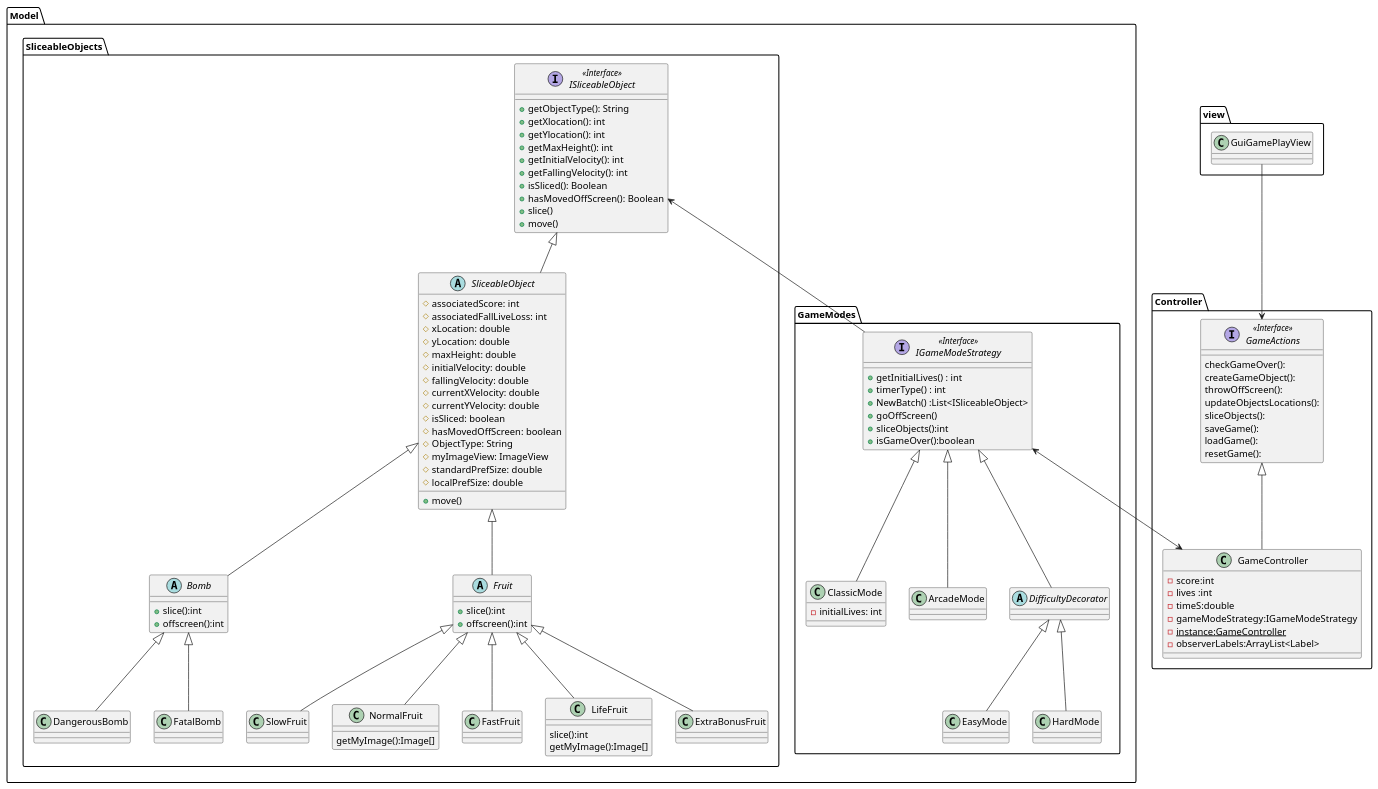
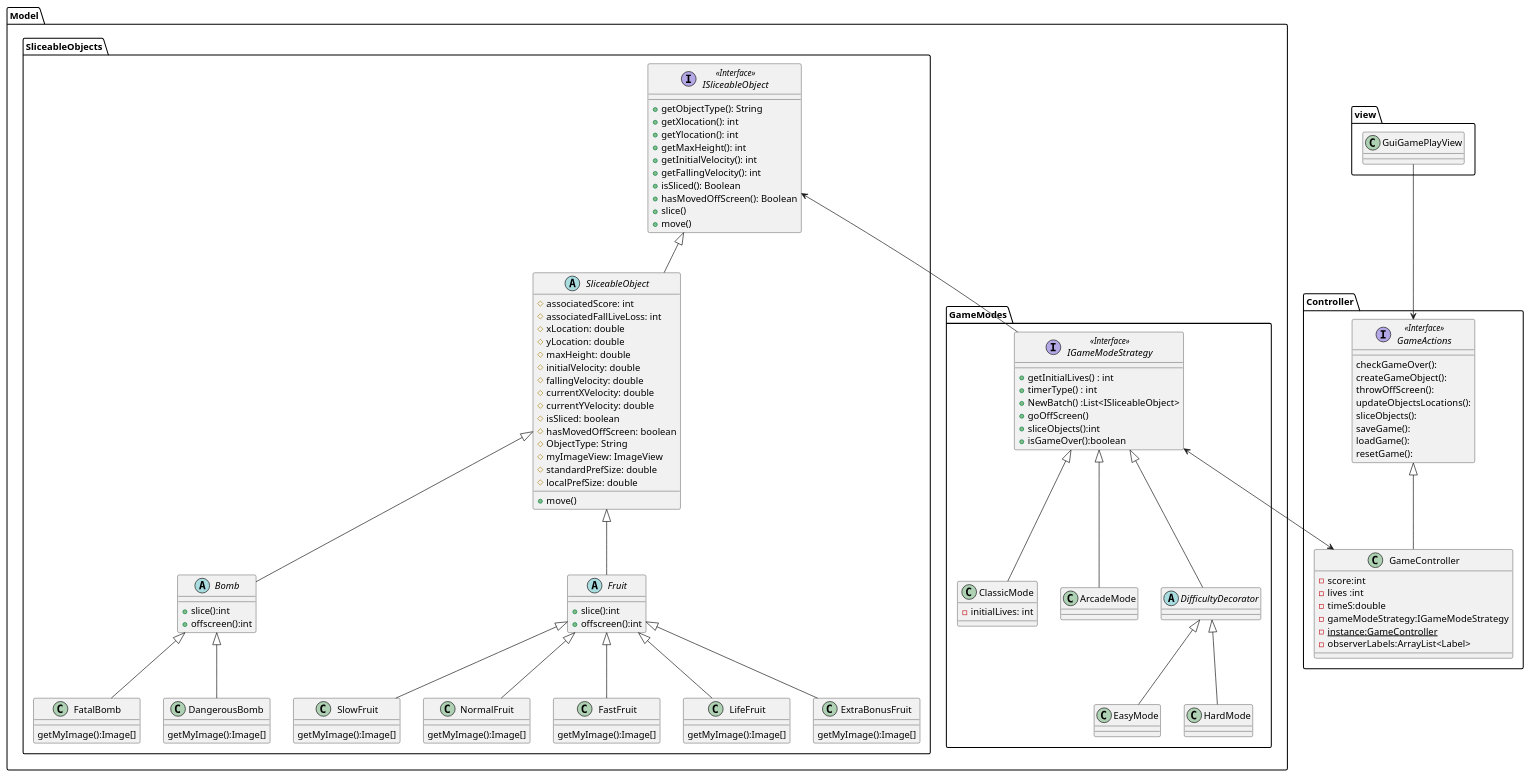
Before and after one commit to zixa5824/FruitNinja: the diagram in Fruit-Ninja-class.puml, drawn with PlantUML. The commit also changed 6 other files, not shown here.

```diff
--- a/Fruit-Ninja-class.puml
+++ b/Fruit-Ninja-class.puml
@@ -1,164 +1,171 @@
 @startuml
 package Model{
 package SliceableObjects {
 
     interface ISliceableObject <<Interface>>{
         +getObjectType(): String
         +getXlocation(): int
         +getYlocation(): int
         +getMaxHeight(): int
         +getInitialVelocity(): int
         +getFallingVelocity(): int
         +isSliced(): Boolean
         +hasMovedOffScreen(): Boolean
         +slice()
         +move()
 
     }
 
 
     abstract class Bomb {
         +slice():int
         +offscreen():int
     }
     abstract class Fruit{
         +slice():int
         +offscreen():int
         }
 
     abstract class SliceableObject {
 
         #associatedScore: int
         #associatedFallLiveLoss: int
         #xLocation: double
         #yLocation: double
         #maxHeight: double
         #initialVelocity: double
         #fallingVelocity: double
         #currentXVelocity: double
         #currentYVelocity: double
         #isSliced: boolean
         #hasMovedOffScreen: boolean
         #ObjectType: String
         #myImageView: ImageView
         #standardPrefSize: double
         #localPrefSize: double
 
         +move()
 
         }
 
     ISliceableObject <|-- SliceableObject
 
     SliceableObject <|-- Fruit
     SliceableObject <|--  Bomb
 
     Class SlowFruit {
+        getMyImage():Image[]
 
     }
 
     Class NormalFruit{
         getMyImage():Image[]
     }
 
     Class FastFruit{
+        getMyImage():Image[]
 
     }
 
     Class LifeFruit{
-        slice():int
         getMyImage():Image[]
     }
 
     Class ExtraBonusFruit{
+        getMyImage():Image[]
 
     }
 
-
+    class FatalBomb{
+        getMyImage():Image[]
+    }
+    class DangerousBomb{
+        getMyImage():Image[]
+    }
     Fruit <|-- SlowFruit
     Fruit <|-- NormalFruit
     Fruit <|-- FastFruit
     Fruit <|-- LifeFruit
     Fruit <|-- ExtraBonusFruit
 
     Bomb <|-- DangerousBomb
     Bomb <|-- FatalBomb
 
 
 }
 package GameModes {
 interface IGameModeStrategy <<Interface>> {
     +getInitialLives() : int
     +timerType() : int
     +NewBatch() :List<ISliceableObject>
     +goOffScreen()
     +sliceObjects():int
     +isGameOver():boolean
 }
 
 IGameModeStrategy <|-- ClassicMode
 IGameModeStrategy <|-- ArcadeMode
 
 
 Class ClassicMode {
     -initialLives: int
 }
 
 
 abstract class DifficultyDecorator
 
 IGameModeStrategy <|-- DifficultyDecorator
 
 DifficultyDecorator <|-- EasyMode
 DifficultyDecorator <|-- HardMode
 
 
 }
 
 ISliceableObject <-- IGameModeStrategy
 }
 
 
 
 package Controller {
     interface GameActions <<Interface>> {
     checkGameOver():
     createGameObject():
     throwOffScreen():
     updateObjectsLocations():
     sliceObjects():
     saveGame():
     loadGame():
     resetGame():
     }
 
     Class GameController{
              -score:int
         	 -lives :int
         	 -timeS:double
         	 -gameModeStrategy:IGameModeStrategy
         	 -{static}instance:GameController
         	 -observerLabels:ArrayList<Label>
 
     }
 
     GameActions <|-- GameController
 
 
 }
 
 IGameModeStrategy <--> GameController
 
 package view {
 
     class GuiGamePlayView{
 
 
 
     }
 
     GuiGamePlayView --> GameActions
 
 }
 
 @enduml
```
